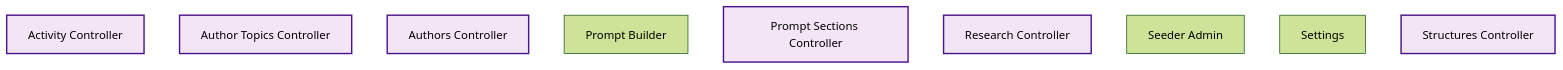
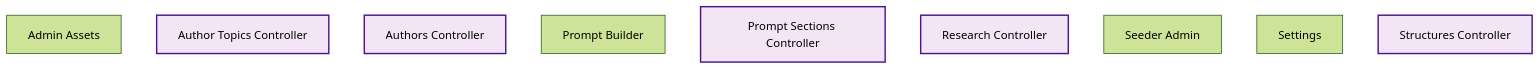
The sixth of 10 diagrams in docs/feature-report.md (rpnunez/wp-ai-scheduler), drawn with Mermaid (forest theme) before and after one commit. The commit also changed other lines of this file, not shown here.

````diff
--- a/docs/feature-report.md
+++ b/docs/feature-report.md
@@ -247,20 +251,20 @@
 ```mermaid
 flowchart TD
     %% User Interface Architecture
 
-    Activity_Controller["Activity Controller"]
+    Admin_Assets["Admin Assets"]
     Author_Topics_Controller["Author Topics Controller"]
     Authors_Controller["Authors Controller"]
     Prompt_Builder["Prompt Builder"]
     Prompt_Sections_Controller["Prompt Sections Controller"]
     Research_Controller["Research Controller"]
     Seeder_Admin["Seeder Admin"]
     Settings["Settings"]
     Structures_Controller["Structures Controller"]
 
 
     classDef repository fill:#e1f5ff,stroke:#01579b,stroke-width:2px
     classDef service fill:#fff3e0,stroke:#e65100,stroke-width:2px
     classDef controller fill:#f3e5f5,stroke:#4a148c,stroke-width:2px
-    class Activity_Controller,Author_Topics_Controller,Authors_Controller,Prompt_Sections_Controller,Research_Controller,Structures_Controller controller
+    class Author_Topics_Controller,Authors_Controller,Prompt_Sections_Controller,Research_Controller,Structures_Controller controller
 ```
````
